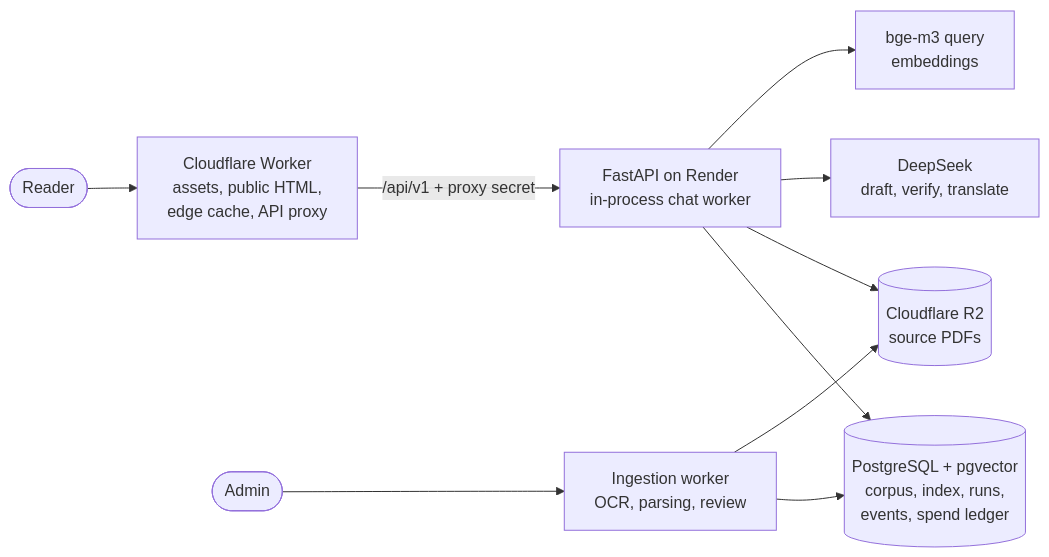
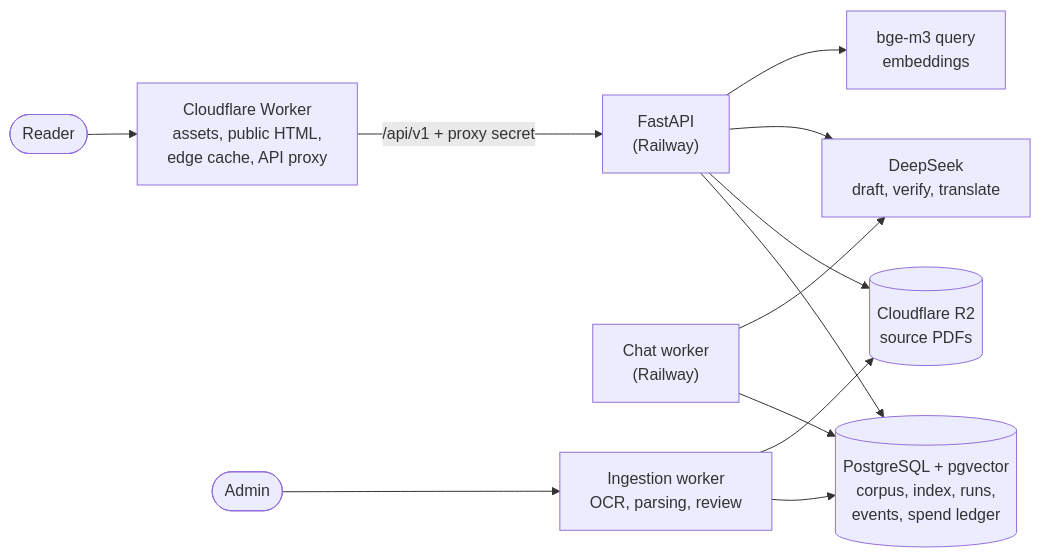
One commit to donkizzy/law-padi changed the diagram in README.md. Above: the diagram before and after it, drawn with Mermaid. The commit also changed other lines of this file and 12 other files, not shown here.

First line of the commit message:
docs: describe the Railway topology and mark the Render files as being retired

````diff
--- a/README.md
+++ b/README.md
@@ -29,12 +29,14 @@
 ```mermaid
 flowchart LR
   reader([Reader]) --> edge["Cloudflare Worker<br/>assets, public HTML,<br/>edge cache, API proxy"]
-  edge -->|"/api/v1 + proxy secret"| api["FastAPI on Render<br/>in-process chat worker"]
+  edge -->|"/api/v1 + proxy secret"| api["FastAPI<br/>(Railway)"]
   api --> db[("PostgreSQL + pgvector<br/>corpus, index, runs,<br/>events, spend ledger")]
+  chat["Chat worker<br/>(Railway)"] --> db
+  chat --> llm
   api --> r2[("Cloudflare R2<br/>source PDFs")]
   api --> llm["DeepSeek<br/>draft, verify, translate"]
   api --> emb["bge-m3 query<br/>embeddings"]
   admin([Admin]) --> ing["Ingestion worker<br/>OCR, parsing, review"]
   ing --> db
   ing --> r2
 ```
````
